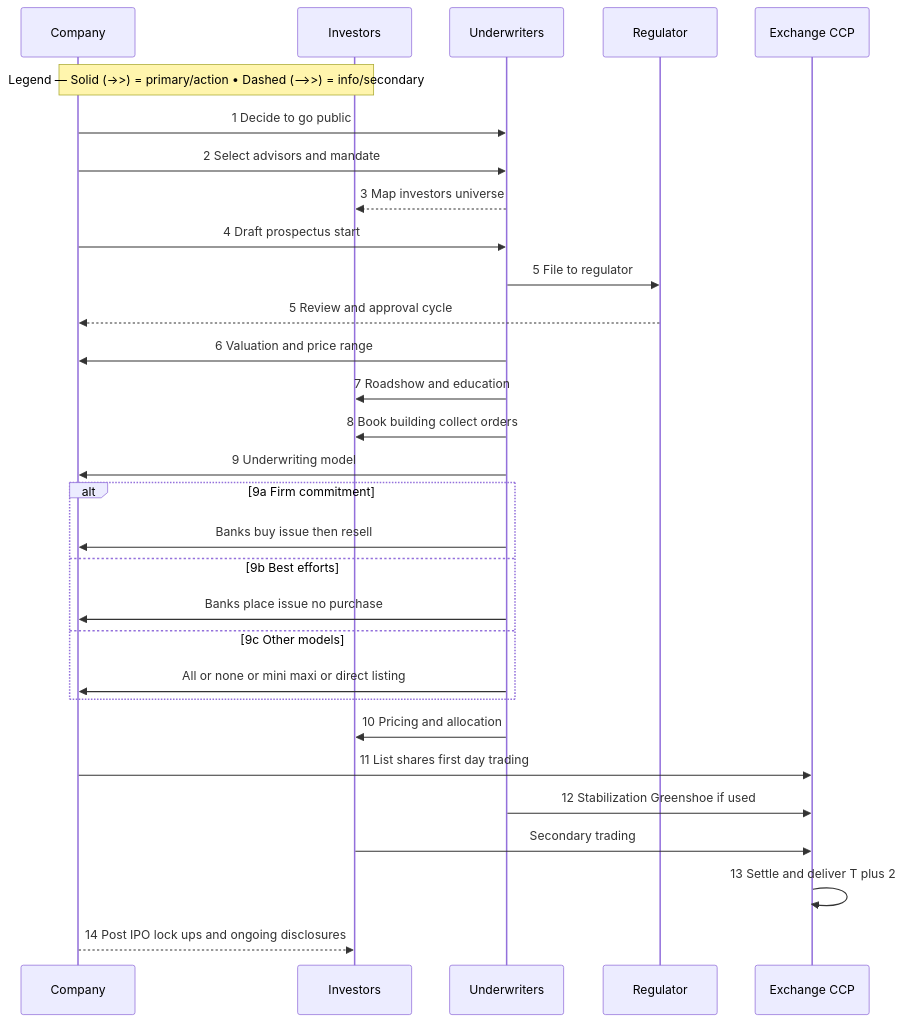
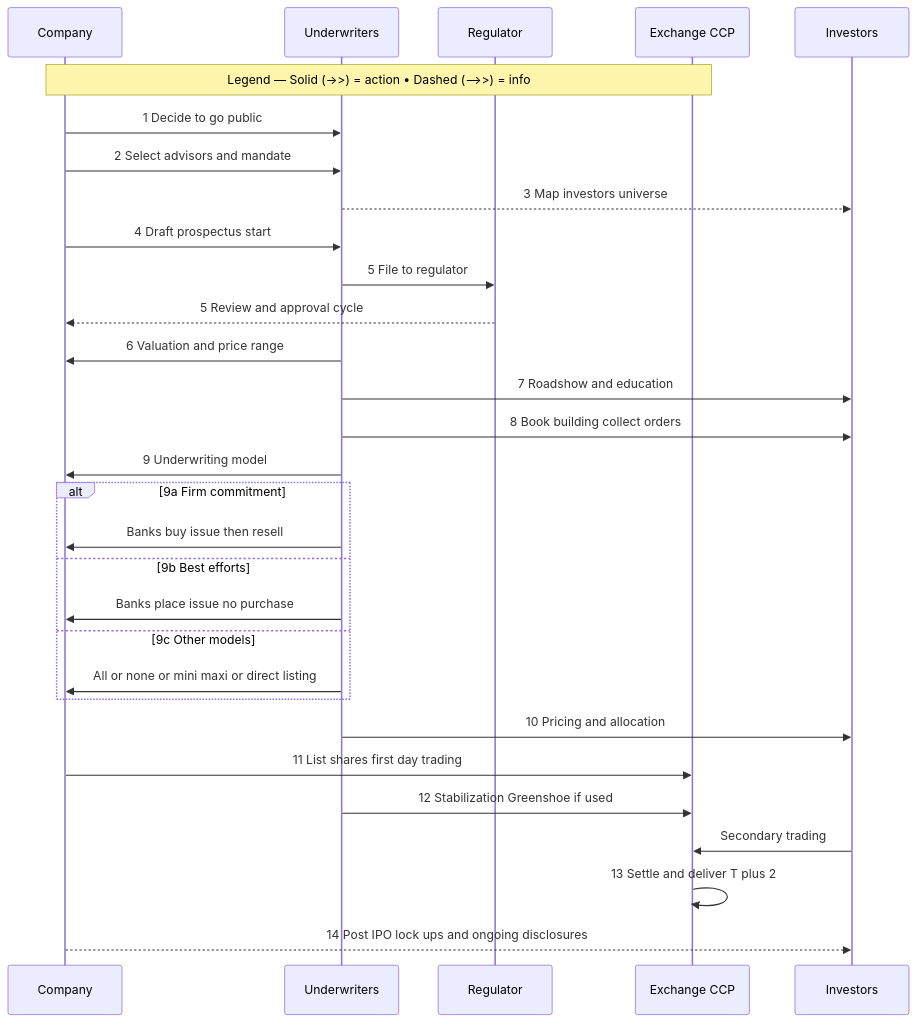
One commit to CheickPaul/Finance-Python-Learning-Portfolio changed the second of 2 diagrams in epat--quantinsti/modules/m01_epat_primer/primer02_stock_market_basics/ipo_process.md. Above: the diagram before and after it, drawn with Mermaid.

````diff
--- a/epat--quantinsti/modules/m01_epat_primer/primer02_stock_market_basics/ipo_process.md
+++ b/epat--quantinsti/modules/m01_epat_primer/primer02_stock_market_basics/ipo_process.md
@@ -64,40 +64,37 @@
 ```mermaid
 sequenceDiagram
-%% Legend (shows what arrow styles mean)
-  %% Solid = primary/action ; Dashed = info/secondary
-  Note over Co,Inv: Legend — Solid (->>) = primary/action • Dashed (-->>) = info/secondary
-
   participant Co as Company
   participant UW as Underwriters
   participant Reg as Regulator
   participant Ex as Exchange CCP
   participant Inv as Investors
+Note over Co,Ex: Legend — Solid (->>) = action • Dashed (-->>) = info
 
   Co->>UW: 1 Decide to go public
   Co->>UW: 2 Select advisors and mandate
   UW-->>Inv: 3 Map investors universe
 
   Co->>UW: 4 Draft prospectus start
   UW->>Reg: 5 File to regulator
   Reg-->>Co: 5 Review and approval cycle
 
   UW->>Co: 6 Valuation and price range
   UW->>Inv: 7 Roadshow and education
   UW->>Inv: 8 Book building collect orders
 
   UW->>Co: 9 Underwriting model
   alt 9a Firm commitment
     UW->>Co: Banks buy issue then resell
   else 9b Best efforts
     UW->>Co: Banks place issue no purchase
   else 9c Other models
     UW->>Co: All or none or mini maxi or direct listing
   end
 
   UW->>Inv: 10 Pricing and allocation
   Co->>Ex: 11 List shares first day trading
   UW->>Ex: 12 Stabilization Greenshoe if used
   Inv->>Ex: Secondary trading
   Ex->>Ex: 13 Settle and deliver T plus 2
   Co-->>Inv: 14 Post IPO lock ups and ongoing disclosures
   ```
````
